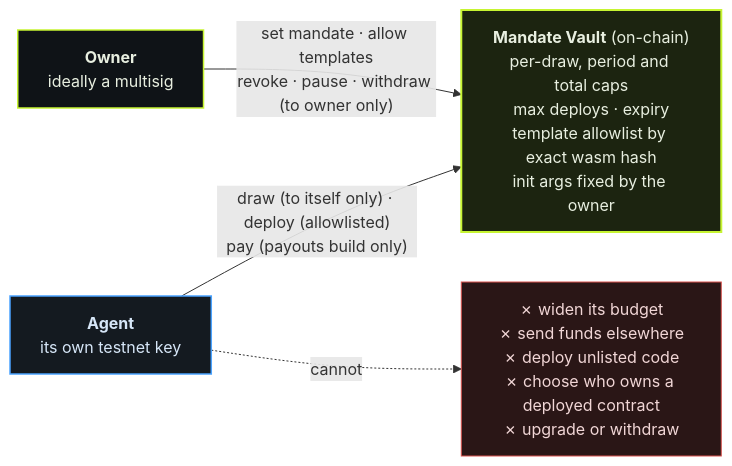
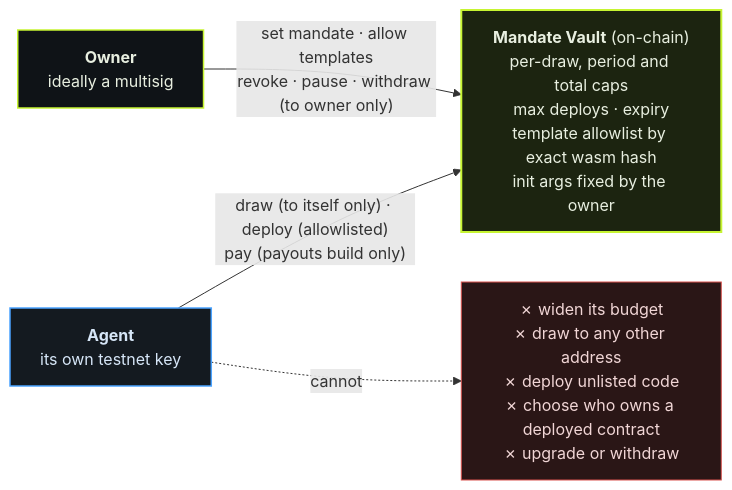
One commit to johnnyduo/autonear changed the second of 3 diagrams in README.md. Above: the diagram before and after it, drawn with Mermaid. The commit also changed other lines of this file and 88 other files, not shown here.

````diff
--- a/README.md
+++ b/README.md
@@ -131,16 +131,16 @@
 ```mermaid
 flowchart LR
     classDef own fill:#0f1317,stroke:#c6f432,color:#e8efe0,stroke-width:1.5px
     classDef ag fill:#141a20,stroke:#4aa3ff,color:#d6e6f7,stroke-width:1.5px
     classDef no fill:#2a1616,stroke:#d9534f,color:#f1d6d6
     classDef vault fill:#1c2410,stroke:#c6f432,color:#e8efe0,stroke-width:2px
 
     OWNER["<b>Owner</b><br/>ideally a multisig"]:::own
     AGENT["<b>Agent</b><br/>its own testnet key"]:::ag
     VAULT["<b>Mandate Vault</b> (on-chain)<br/>per-draw, period and total caps<br/>max deploys · expiry<br/>template allowlist by exact wasm hash<br/>init args fixed by the owner"]:::vault
-    NO["✗ widen its budget<br/>✗ send funds elsewhere<br/>✗ deploy unlisted code<br/>✗ choose who owns a deployed contract<br/>✗ upgrade or withdraw"]:::no
+    NO["✗ widen its budget<br/>✗ draw to any other address<br/>✗ deploy unlisted code<br/>✗ choose who owns a deployed contract<br/>✗ upgrade or withdraw"]:::no
 
     OWNER -->|"set mandate · allow templates<br/>revoke · pause · withdraw (to owner only)"| VAULT
     AGENT -->|"draw (to itself only) · deploy (allowlisted)<br/>pay (payouts build only)"| VAULT
     AGENT -.->|cannot| NO
 ```
````
